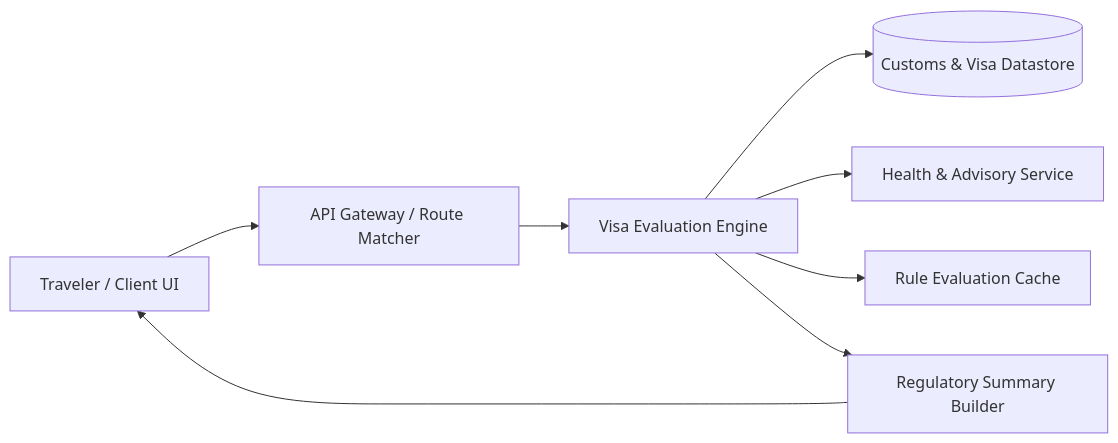
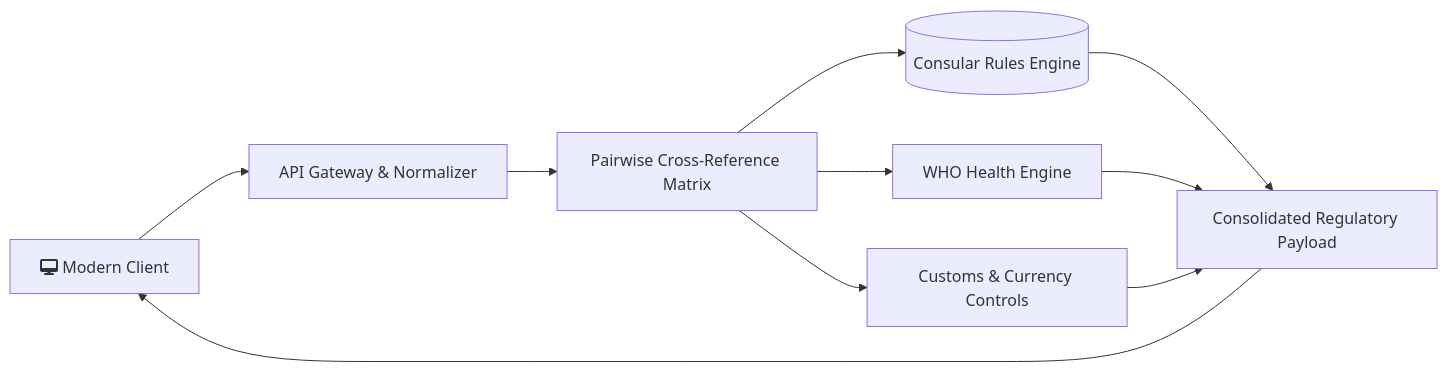
One commit to Harry-aura/Visa-Travel-Requirements-Checker changed the diagram in README.md. Above: the diagram before and after it, drawn with Mermaid. The commit also changed other lines of this file and 4 other files, not shown here.

````diff
--- a/README.md
+++ b/README.md
@@ -7,10 +27,12 @@
 ```mermaid
 graph LR
-    User[Traveler / Client UI] --> Ingest[API Gateway / Route Matcher]
-    Ingest --> Engine[Visa Evaluation Engine]
-    Engine --> DB[(Customs & Visa Datastore)]
-    Engine --> Health[Health & Advisory Service]
-    Engine --> Cache[Rule Evaluation Cache]
-    Engine --> Report[Regulatory Summary Builder]
-    Report --> User
+    Client[fa:fa-desktop Modern Client] --> Gateway[API Gateway & Normalizer]
+    Gateway --> Matrix[Pairwise Cross-Reference Matrix]
+    Matrix --> Rules[(Consular Rules Engine)]
+    Matrix --> Health[WHO Health Engine]
+    Matrix --> Customs[Customs & Currency Controls]
+    Rules --> Assembler[Consolidated Regulatory Payload]
+    Health --> Assembler
+    Customs --> Assembler
+    Assembler --> Client
 ```
````
